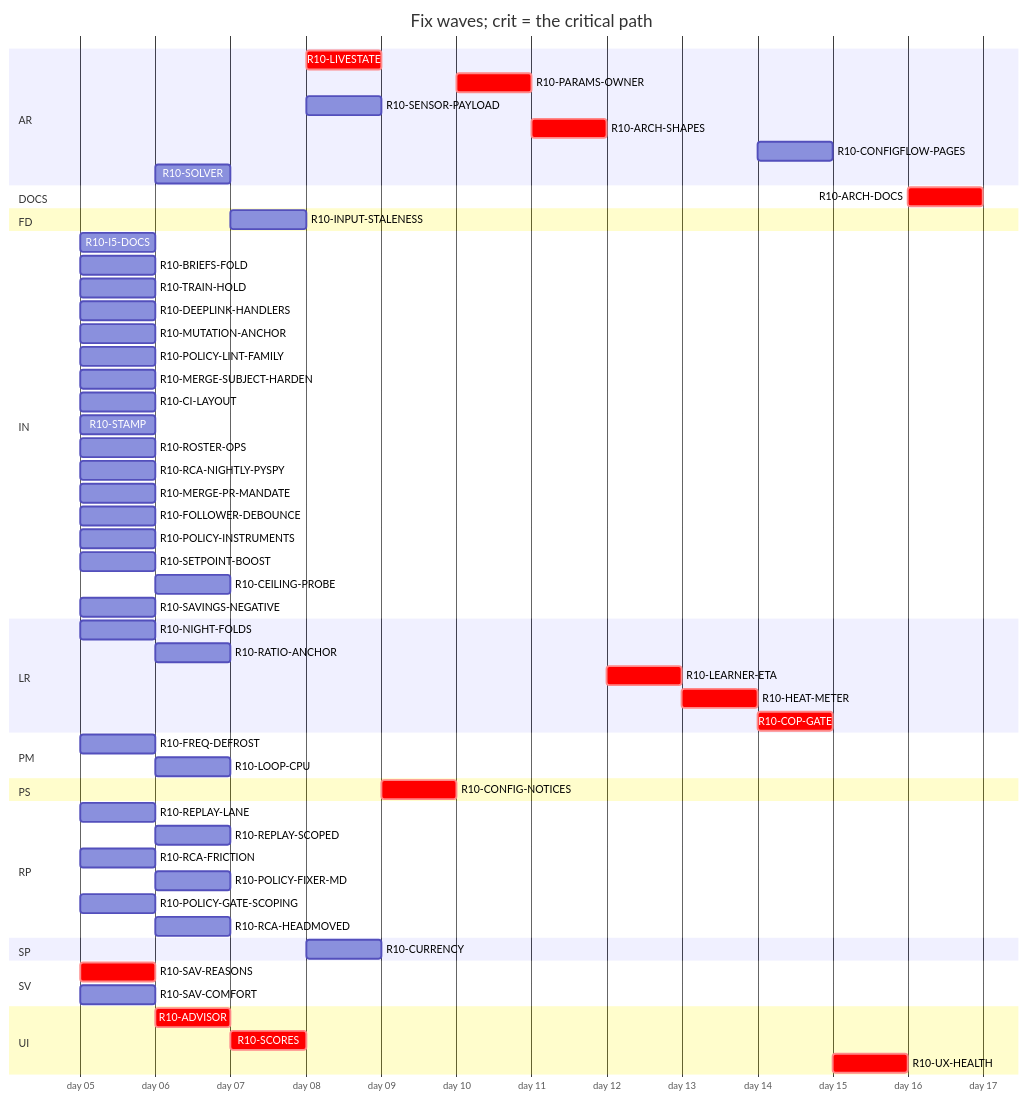
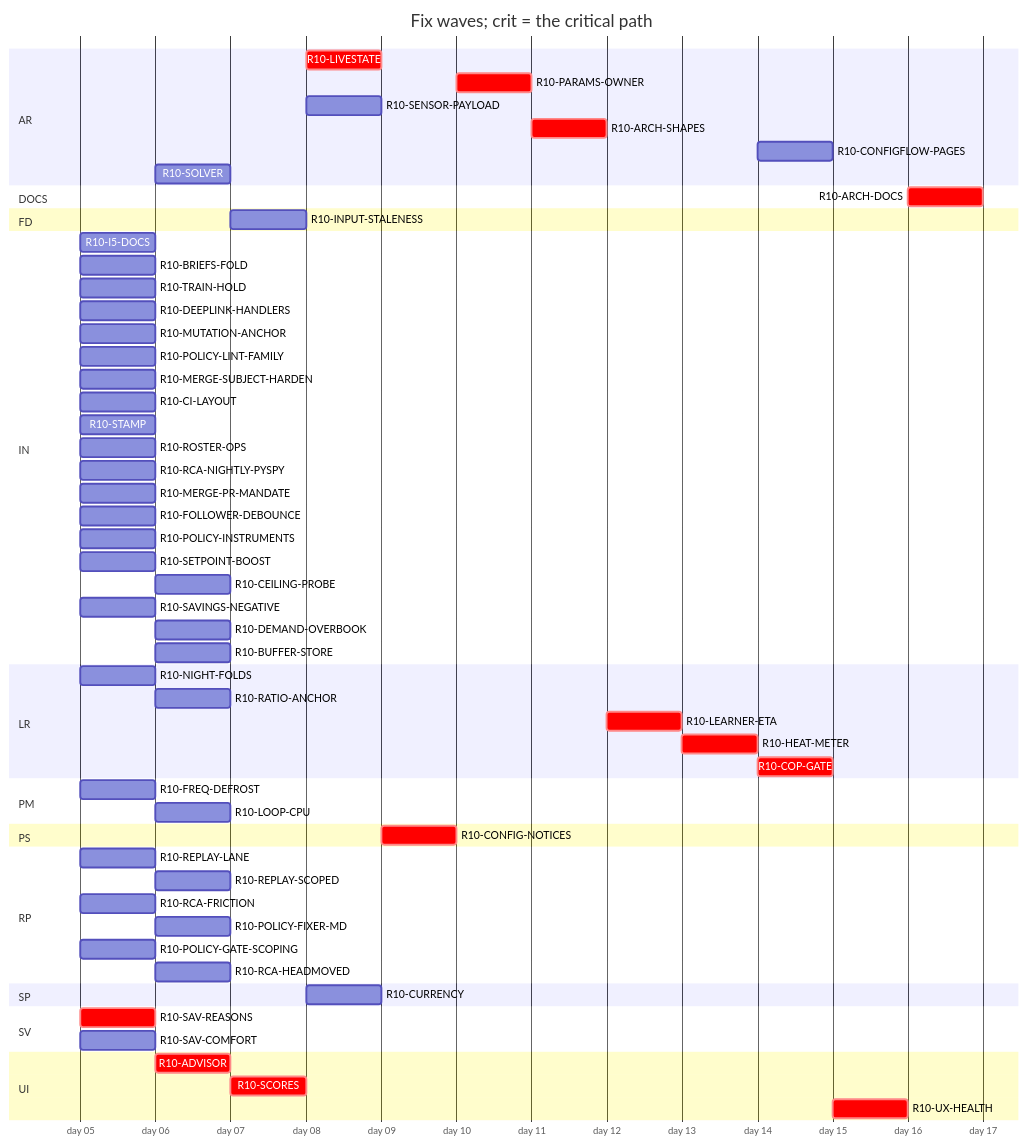
Before and after one commit to tvofi/heatpump_optimizer: the diagram in handoff/round10/state/PLAN-TABLE.md, drawn with Mermaid. The commit also changed other lines of this file and 2 other files, not shown here.

````diff
--- a/handoff/round10/state/PLAN-TABLE.md
+++ b/handoff/round10/state/PLAN-TABLE.md
@@ -24,62 +24,64 @@
 ```mermaid
 gantt
   title Fix waves; crit = the critical path
   dateFormat YYYY-MM-DD
   axisFormat day %d
   section AR
     R10-LIVESTATE :crit, r10LIVESTATE, after r10SCORES, 1d
     R10-PARAMS-OWNER :crit, r10PARAMSOWNER, after r10CONFIGNOTICES, 1d
     R10-SENSOR-PAYLOAD :r10SENSORPAYLOAD, after r10SCORES, 1d
     R10-ARCH-SHAPES :crit, r10ARCHSHAPES, after r10PARAMSOWNER r10SENSORPAYLOAD r10FREQDEFROST, 1d
     R10-CONFIGFLOW-PAGES :r10CONFIGFLOWPAGES, after r10HEATMETER, 1d
     R10-SOLVER :r10SOLVER, after r10SAVREASONS, 1d
   section DOCS
     R10-ARCH-DOCS :crit, r10ARCHDOCS, after r10NIGHTFOLDS r10RATIOANCHOR r10INPUTSTALENESS r10CURRENCY r10FREQDEFROST r10LOOPCPU r10SAVREASONS r10ADVISOR r10SCORES r10LIVESTATE r10CONFIGNOTICES r10PARAMSOWNER r10SENSORPAYLOAD r10ARCHSHAPES r10LEARNERETA r10HEATMETER r10COPGATE r10UXHEALTH r10CONFIGFLOWPAGES r10SOLVER r10I5DOCS r10BRIEFSFOLD r10REPLAYLANE r10REPLAYSCOPED r10TRAINHOLD r10DEEPLINKHANDLERS, 1d
   section FD
     R10-INPUT-STALENESS :r10INPUTSTALENESS, after r10RATIOANCHOR, 1d
   section IN
     R10-I5-DOCS :r10I5DOCS, 2026-01-05, 1d
     R10-BRIEFS-FOLD :r10BRIEFSFOLD, 2026-01-05, 1d
     R10-TRAIN-HOLD :r10TRAINHOLD, 2026-01-05, 1d
     R10-DEEPLINK-HANDLERS :r10DEEPLINKHANDLERS, 2026-01-05, 1d
     R10-MUTATION-ANCHOR :r10MUTATIONANCHOR, 2026-01-05, 1d
     R10-POLICY-LINT-FAMILY :r10POLICYLINTFAMILY, 2026-01-05, 1d
     R10-MERGE-SUBJECT-HARDEN :r10MERGESUBJECTHARDEN, 2026-01-05, 1d
     R10-CI-LAYOUT :r10CILAYOUT, 2026-01-05, 1d
     R10-STAMP :r10STAMP, 2026-01-05, 1d
     R10-ROSTER-OPS :r10ROSTEROPS, 2026-01-05, 1d
     R10-RCA-NIGHTLY-PYSPY :r10RCANIGHTLYPYSPY, 2026-01-05, 1d
     R10-MERGE-PR-MANDATE :r10MERGEPRMANDATE, 2026-01-05, 1d
     R10-FOLLOWER-DEBOUNCE :r10FOLLOWERDEBOUNCE, 2026-01-05, 1d
     R10-POLICY-INSTRUMENTS :r10POLICYINSTRUMENTS, 2026-01-05, 1d
     R10-SETPOINT-BOOST :r10SETPOINTBOOST, 2026-01-05, 1d
     R10-CEILING-PROBE :r10CEILINGPROBE, after r10SETPOINTBOOST r10CILAYOUT r10NIGHTFOLDS, 1d
     R10-SAVINGS-NEGATIVE :r10SAVINGSNEGATIVE, 2026-01-05, 1d
+    R10-DEMAND-OVERBOOK :r10DEMANDOVERBOOK, after r10SETPOINTBOOST, 1d
+    R10-BUFFER-STORE :r10BUFFERSTORE, after r10SETPOINTBOOST, 1d
   section LR
     R10-NIGHT-FOLDS :r10NIGHTFOLDS, 2026-01-05, 1d
     R10-RATIO-ANCHOR :r10RATIOANCHOR, after r10NIGHTFOLDS, 1d
     R10-LEARNER-ETA :crit, r10LEARNERETA, after r10ARCHSHAPES, 1d
     R10-HEAT-METER :crit, r10HEATMETER, after r10LEARNERETA r10INPUTSTALENESS r10RATIOANCHOR, 1d
     R10-COP-GATE :crit, r10COPGATE, after r10HEATMETER r10SENSORPAYLOAD, 1d
   section PM
     R10-FREQ-DEFROST :r10FREQDEFROST, 2026-01-05, 1d
     R10-LOOP-CPU :r10LOOPCPU, after r10FREQDEFROST, 1d
   section PS
     R10-CONFIG-NOTICES :crit, r10CONFIGNOTICES, after r10LIVESTATE, 1d
   section RP
     R10-REPLAY-LANE :r10REPLAYLANE, 2026-01-05, 1d
     R10-REPLAY-SCOPED :r10REPLAYSCOPED, after r10REPLAYLANE r10TRAINHOLD, 1d
     R10-RCA-FRICTION :r10RCAFRICTION, 2026-01-05, 1d
     R10-POLICY-FIXER-MD :r10POLICYFIXERMD, after r10RCAFRICTION r10BRIEFSFOLD, 1d
     R10-POLICY-GATE-SCOPING :r10POLICYGATESCOPING, 2026-01-05, 1d
     R10-RCA-HEADMOVED :r10RCAHEADMOVED, after r10RCAFRICTION, 1d
   section SP
     R10-CURRENCY :r10CURRENCY, after r10INPUTSTALENESS, 1d
   section SV
     R10-SAV-REASONS :crit, r10SAVREASONS, 2026-01-05, 1d
     R10-SAV-COMFORT :r10SAVCOMFORT, 2026-01-05, 1d
   section UI
     R10-ADVISOR :crit, r10ADVISOR, after r10SAVREASONS, 1d
     R10-SCORES :crit, r10SCORES, after r10ADVISOR, 1d
     R10-UX-HEALTH :crit, r10UXHEALTH, after r10SCORES r10COPGATE r10HEATMETER, 1d
 ```
````
